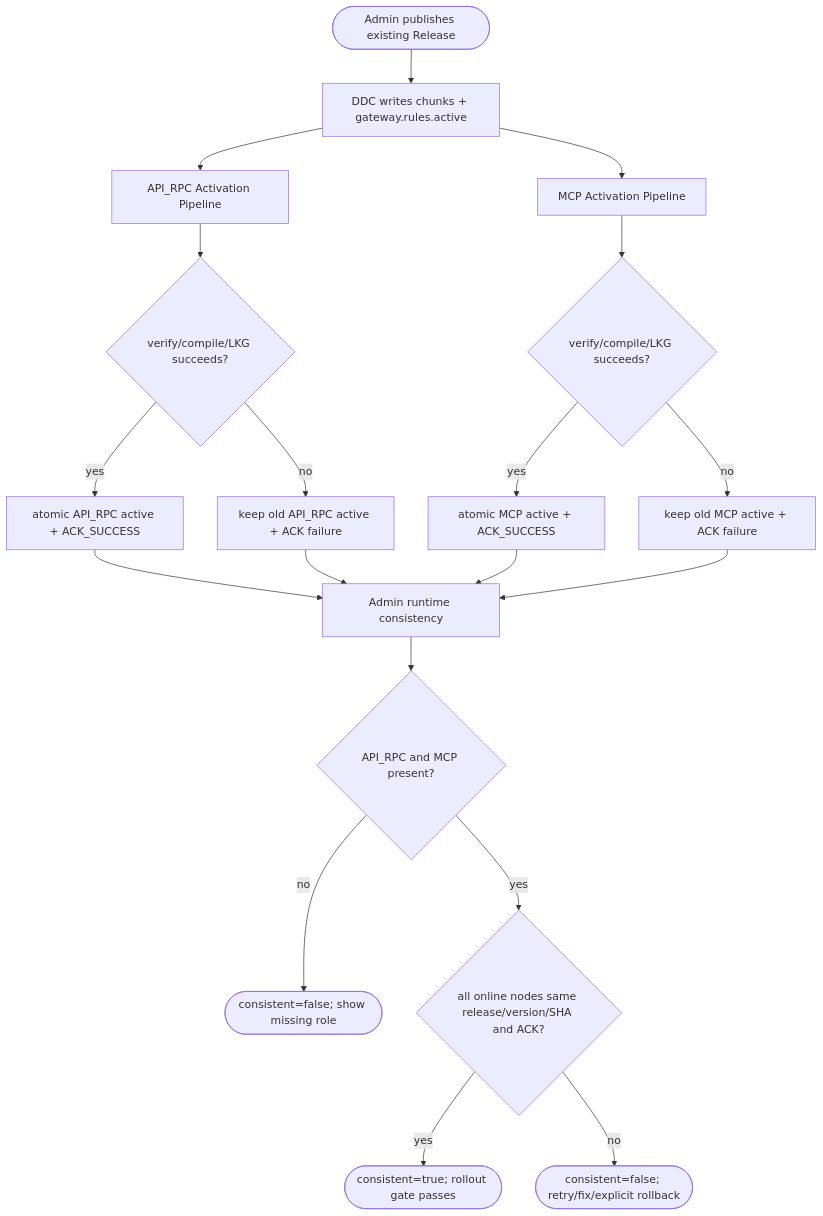
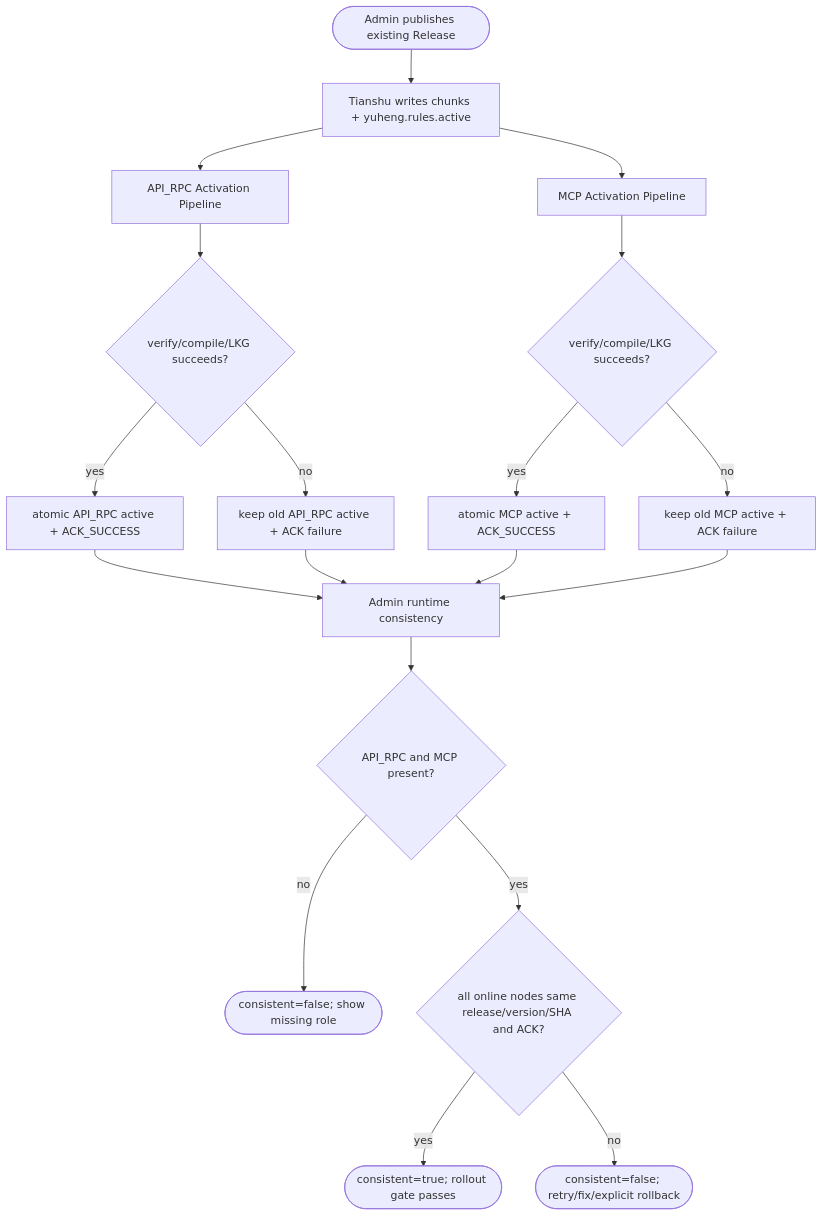
One commit to AllenDEricDAlexander/Egon-COLA changed the third of 4 diagrams in docs/egon/spec/2026-09-02-19-52-gateway-dual-engine-separation.md. Above: the diagram before and after it, drawn with Mermaid. The commit also changed other lines of this file and 233 other files, not shown here.

````diff
--- a/docs/egon/spec/2026-09-02-19-52-gateway-dual-engine-separation.md
+++ b/docs/egon/spec/2026-09-02-19-52-gateway-dual-engine-separation.md
@@ -443,21 +443,21 @@
 ```mermaid
 flowchart TD
-    Publish(["Admin publishes existing Release"]) --> Ddc["DDC writes chunks + gateway.rules.active"]
+    Publish(["Admin publishes existing Release"]) --> Ddc["Tianshu writes chunks + yuheng.rules.active"]
     Ddc --> ApiApply["API_RPC Activation Pipeline"]
     Ddc --> McpApply["MCP Activation Pipeline"]
     ApiApply --> ApiVerify{"verify/compile/LKG succeeds?"}
     McpApply --> McpVerify{"verify/compile/LKG succeeds?"}
     ApiVerify -->|"yes"| ApiAck["atomic API_RPC active + ACK_SUCCESS"]
     ApiVerify -->|"no"| ApiKeep["keep old API_RPC active + ACK failure"]
     McpVerify -->|"yes"| McpAck["atomic MCP active + ACK_SUCCESS"]
     McpVerify -->|"no"| McpKeep["keep old MCP active + ACK failure"]
     ApiAck --> Observe["Admin runtime consistency"]
     ApiKeep --> Observe
     McpAck --> Observe
     McpKeep --> Observe
     Observe --> Roles{"API_RPC and MCP present?"}
     Roles -->|"no"| Inconsistent(["consistent=false; show missing role"])
     Roles -->|"yes"| Same{"all online nodes same release/version/SHA and ACK?"}
     Same -->|"yes"| Consistent(["consistent=true; rollout gate passes"])
     Same -->|"no"| Repair(["consistent=false; retry/fix/explicit rollback"])
 ```
````
